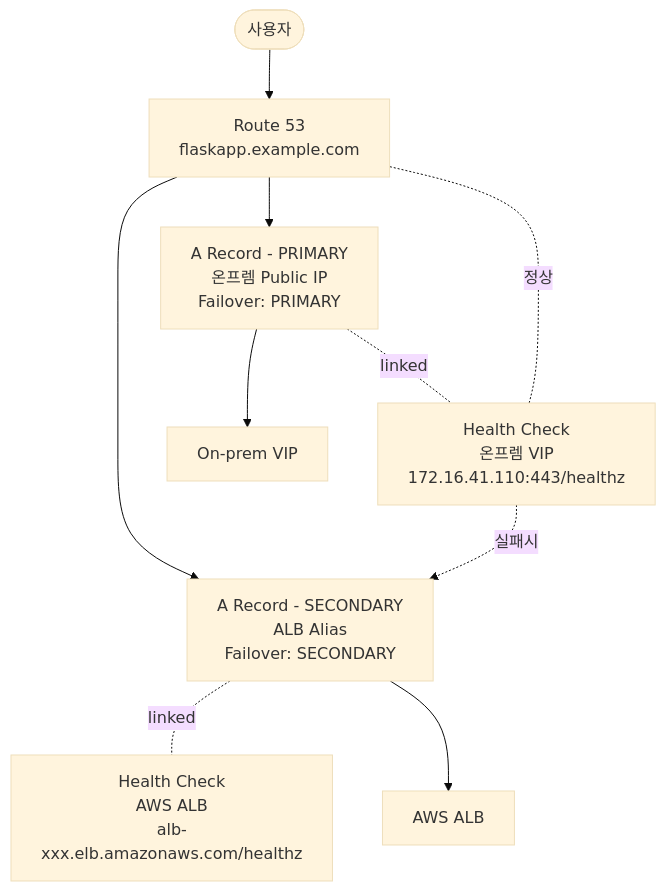
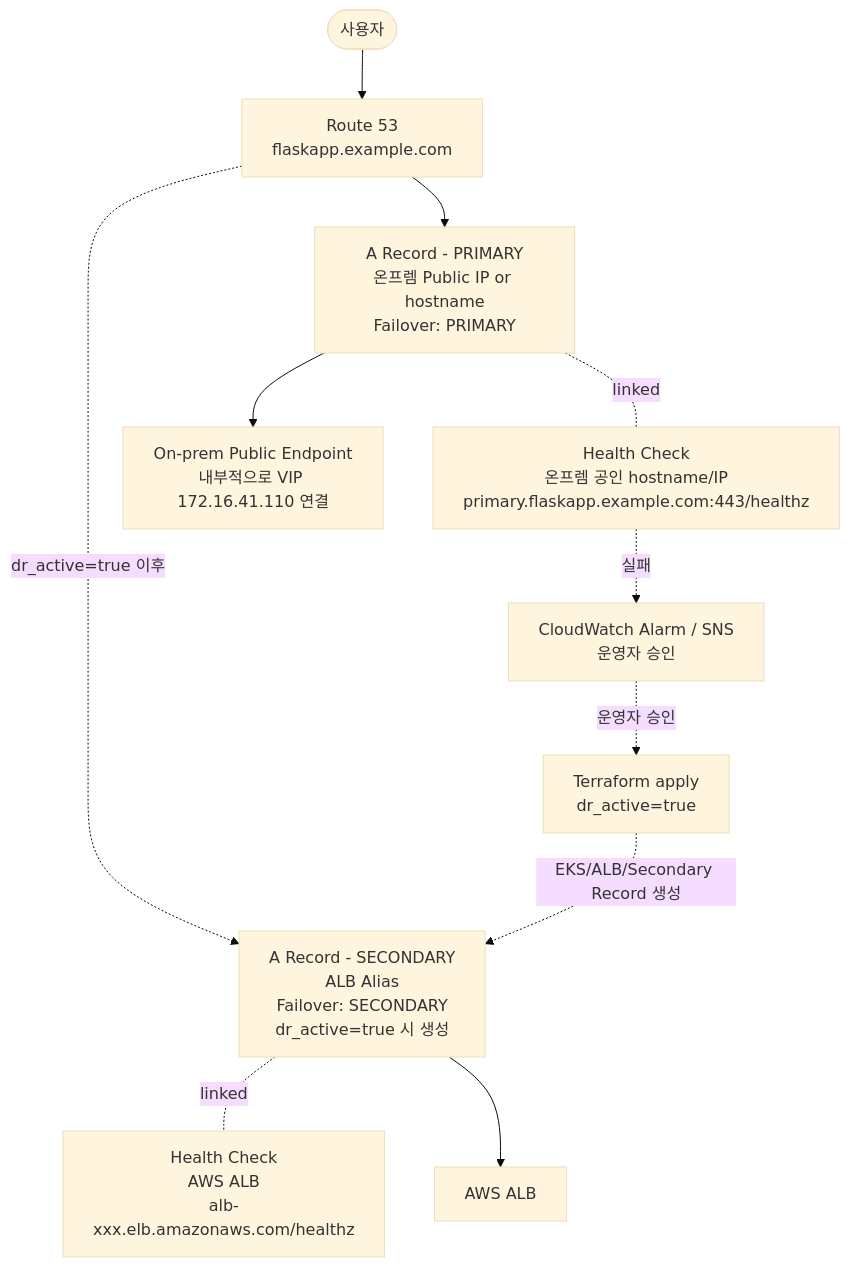
One commit to KOSA-Team-Snow/Docs changed the fourth of 4 diagrams in aws/03-1-network-implementation-v2.md. Above: the diagram before and after it, drawn with Mermaid (base theme). The commit also changed other lines of this file, not shown here.

````diff
--- a/aws/03-1-network-implementation-v2.md
+++ b/aws/03-1-network-implementation-v2.md
@@ -674,25 +802,28 @@
 ```mermaid
 flowchart TB
     USER([사용자])
     R53[Route 53<br/>flaskapp.example.com]
 
-    HC1[Health Check<br/>온프렘 VIP<br/>172.16.41.110:443/healthz]
+    HC1[Health Check<br/>온프렘 공인 hostname/IP<br/>primary.flaskapp.example.com:443/healthz]
+    ALARM[CloudWatch Alarm / SNS<br/>운영자 승인]
+    TF[Terraform apply<br/>dr_active=true]
     HC2[Health Check<br/>AWS ALB<br/>alb-xxx.elb.amazonaws.com/healthz]
 
-    REC_P[A Record - PRIMARY<br/>온프렘 Public IP<br/>Failover: PRIMARY]
-    REC_S[A Record - SECONDARY<br/>ALB Alias<br/>Failover: SECONDARY]
+    REC_P[A Record - PRIMARY<br/>온프렘 Public IP or hostname<br/>Failover: PRIMARY]
+    REC_S[A Record - SECONDARY<br/>ALB Alias<br/>Failover: SECONDARY<br/>dr_active=true 시 생성]
 
-    ONP[On-prem VIP]
+    ONP[On-prem Public Endpoint<br/>내부적으로 VIP 172.16.41.110 연결]
     ALB[AWS ALB]
 
     USER --> R53
     R53 --> REC_P
-    R53 --> REC_S
+    R53 -. dr_active=true 이후 .-> REC_S
     REC_P -. linked .- HC1
     REC_S -. linked .- HC2
     REC_P --> ONP
     REC_S --> ALB
 
-    HC1 -.정상.- R53
-    HC1 -.실패시.-> REC_S
+    HC1 -. 실패 .-> ALARM
+    ALARM -. 운영자 승인 .-> TF
+    TF -. EKS/ALB/Secondary Record 생성 .-> REC_S
 ```
````
